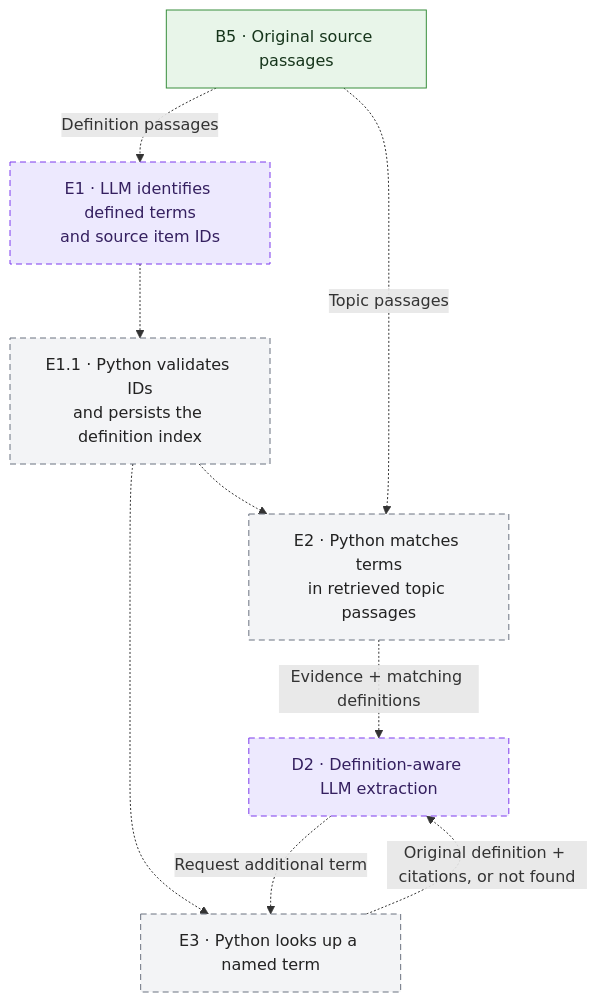
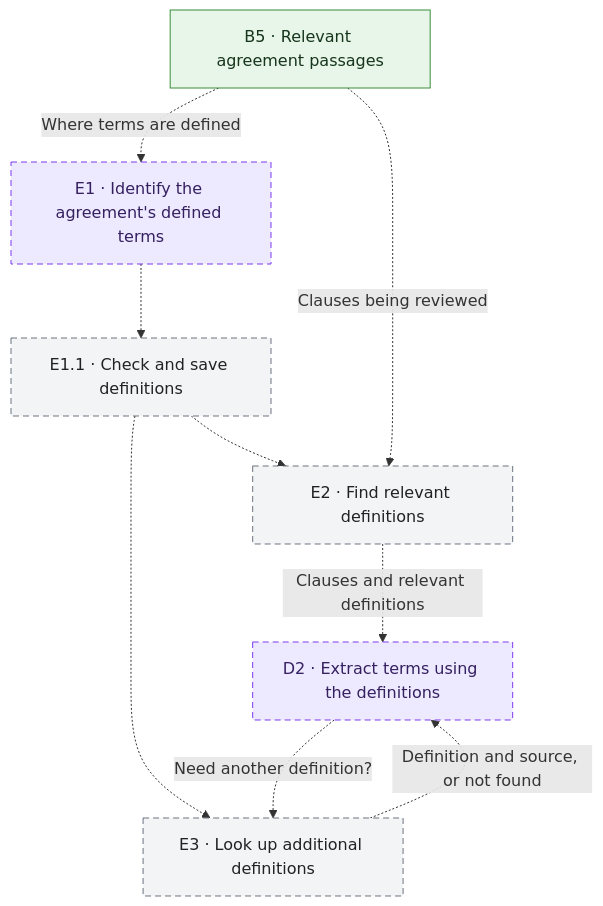
Before and after one commit to Ashrit-K/credit-agreement-parsing: the second of 2 diagrams in README.md, drawn with Mermaid. The commit also changed other lines of this file, not shown here.

````diff
--- a/README.md
+++ b/README.md
@@ -44,25 +44,25 @@
 ```mermaid
 flowchart TD
-    B5["B5 · Original source passages"]
-    E1["E1 · LLM identifies defined terms<br/>and source item IDs"]
-    V["E1.1 · Python validates IDs<br/>and persists the definition index"]
-    E2["E2 · Python matches terms<br/>in retrieved topic passages"]
-    E3["E3 · Python looks up a named term"]
-    D2["D2 · Definition-aware LLM extraction"]
+    B5["B5 · Relevant agreement passages"]
+    E1["E1 · Identify the agreement's defined terms"]
+    V["E1.1 · Check and save definitions"]
+    E2["E2 · Find relevant definitions"]
+    E3["E3 · Look up additional definitions"]
+    D2["D2 · Extract terms using the definitions"]
 
-    B5 -. "Definition passages" .-> E1
+    B5 -. "Where terms are defined" .-> E1
     E1 -.-> V
     V -.-> E2
-    B5 -. "Topic passages" .-> E2
-    E2 -. "Evidence + matching definitions" .-> D2
+    B5 -. "Clauses being reviewed" .-> E2
+    E2 -. "Clauses and relevant definitions" .-> D2
     V -.-> E3
-    D2 -. "Request additional term" .-> E3
-    E3 -. "Original definition + citations, or not found" .-> D2
+    D2 -. "Need another definition?" .-> E3
+    E3 -. "Definition and source, or not found" .-> D2
 
     classDef implemented fill:#e8f5e9,stroke:#388e3c,color:#16351b;
     classDef pending fill:#f3f4f6,stroke:#6b7280,color:#222,stroke-dasharray:6 4;
     classDef cognitivePending fill:#ede9fe,stroke:#7c3aed,color:#352060,stroke-dasharray:6 4;
     class B5 implemented;
     class V,E2,E3 pending;
     class E1,D2 cognitivePending;
 ```
````
